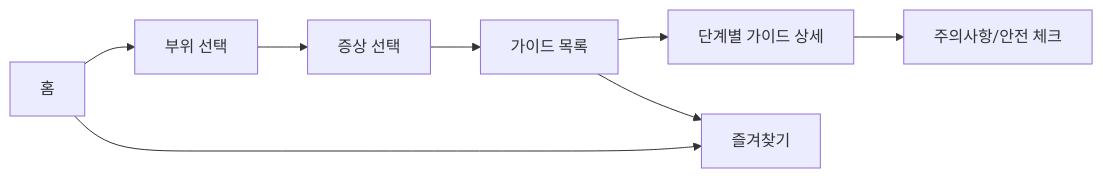
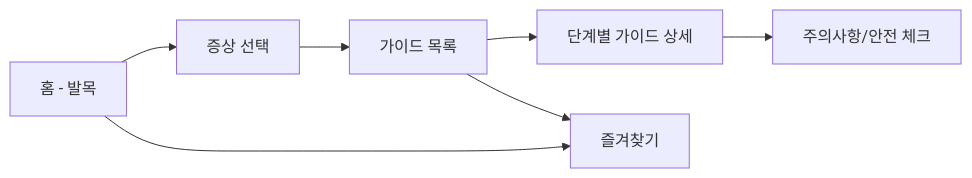
The diagram in docs/PRD.md (sumin1458/TapeFit), drawn with Mermaid before and after one commit. The commit also changed other lines of this file, not shown here.

````diff
--- a/docs/PRD.md
+++ b/docs/PRD.md
@@ -76,10 +105,9 @@
 ```mermaid
 flowchart LR
-    A[홈] --> B[부위 선택]
-    B --> C[증상 선택]
-    C --> D[가이드 목록]
+    A[홈 - 발목] --> B[증상 선택]
+    B --> D[가이드 목록]
     D --> E[단계별 가이드 상세]
     E --> F[주의사항/안전 체크]
     A --> G[즐겨찾기]
     D --> G
 ```
````
